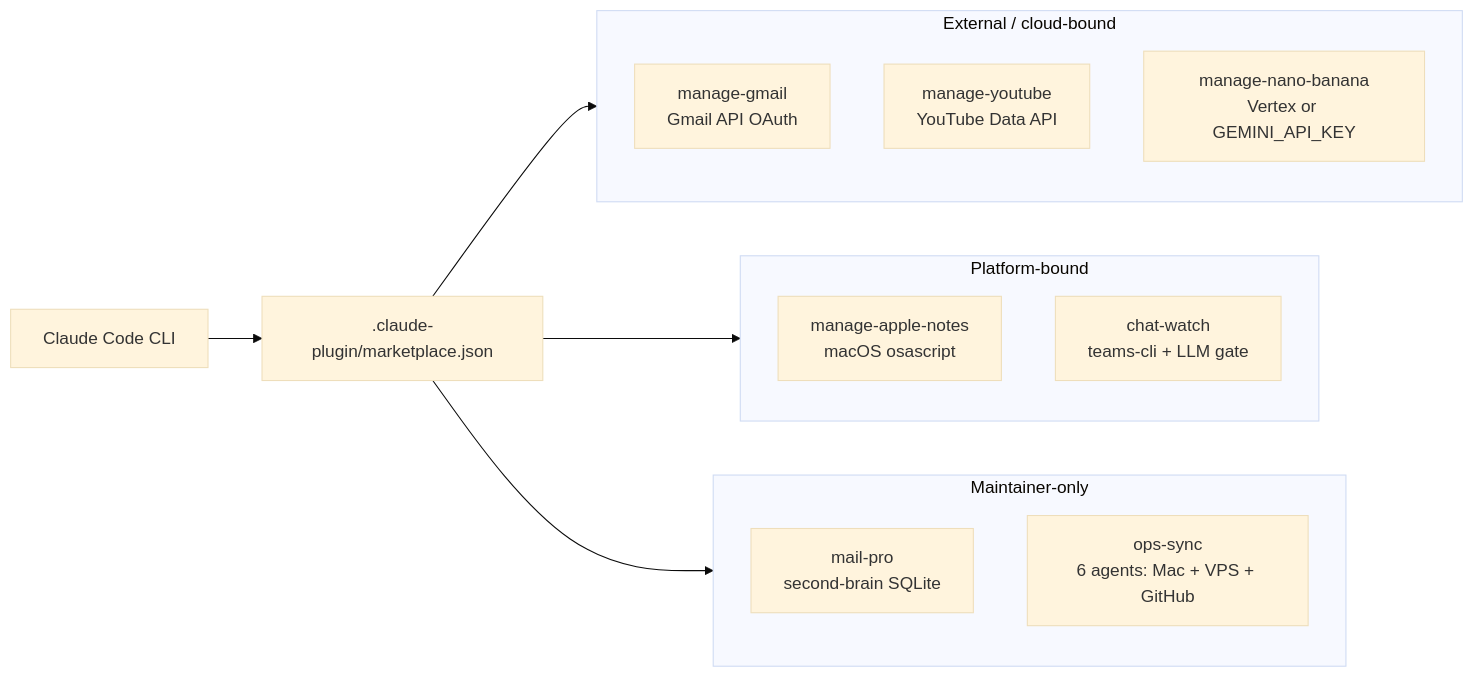
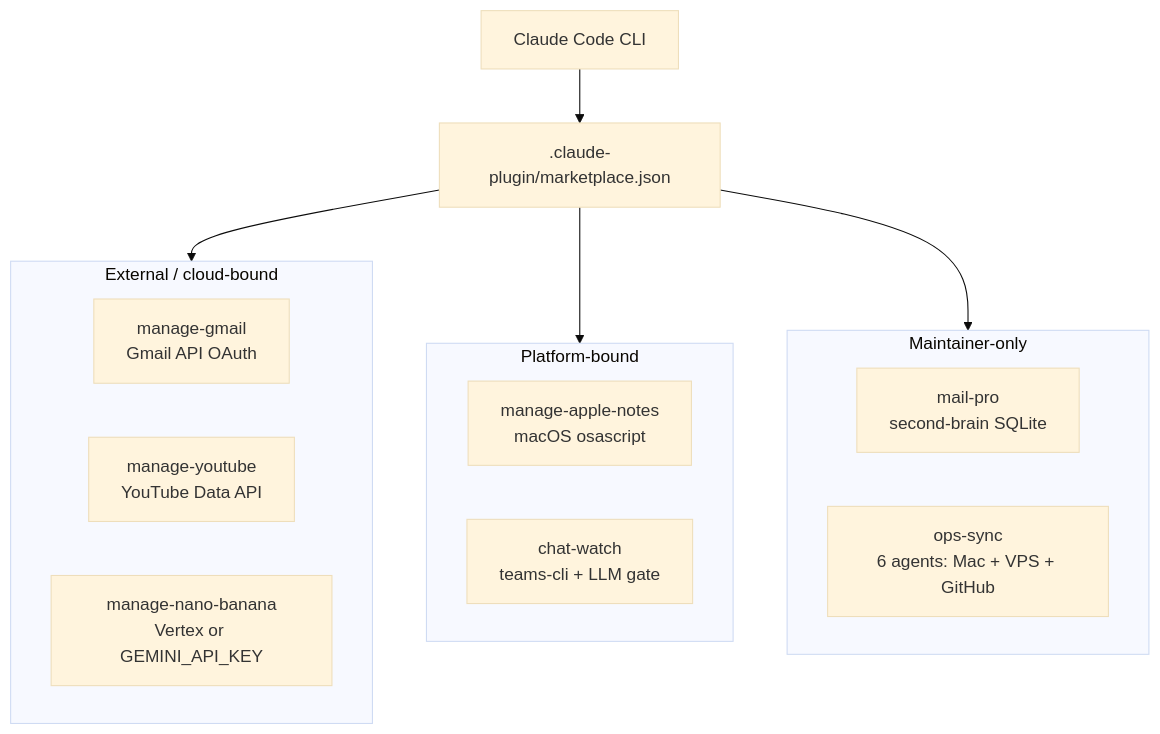
Before and after one commit to weirdapps/plessas-lab: the diagram in README.md, drawn with Mermaid (base theme).

Commit message:
docs: switch README architecture diagram to vertical layout
Convert the Mermaid diagram from horizontal (LR) to vertical (TD) so it renders
without horizontal scrolling in the GitHub README column.

````diff
--- a/README.md
+++ b/README.md
@@ -32,24 +32,24 @@
 ```mermaid
-flowchart LR
+flowchart TD
     CC[Claude Code CLI]
     MP[.claude-plugin/marketplace.json]
     CC --> MP
 
     subgraph P1[External / cloud-bound]
         gm[manage-gmail<br/>Gmail API OAuth]
         yt[manage-youtube<br/>YouTube Data API]
         nb[manage-nano-banana<br/>Vertex or GEMINI_API_KEY]
     end
     subgraph P2[Platform-bound]
         an[manage-apple-notes<br/>macOS osascript]
         cw[chat-watch<br/>teams-cli + LLM gate]
     end
     subgraph P3[Maintainer-only]
         mpro[mail-pro<br/>second-brain SQLite]
         ops[ops-sync<br/>6 agents: Mac + VPS + GitHub]
     end
 
     MP --> P1
     MP --> P2
     MP --> P3
 ```
````
